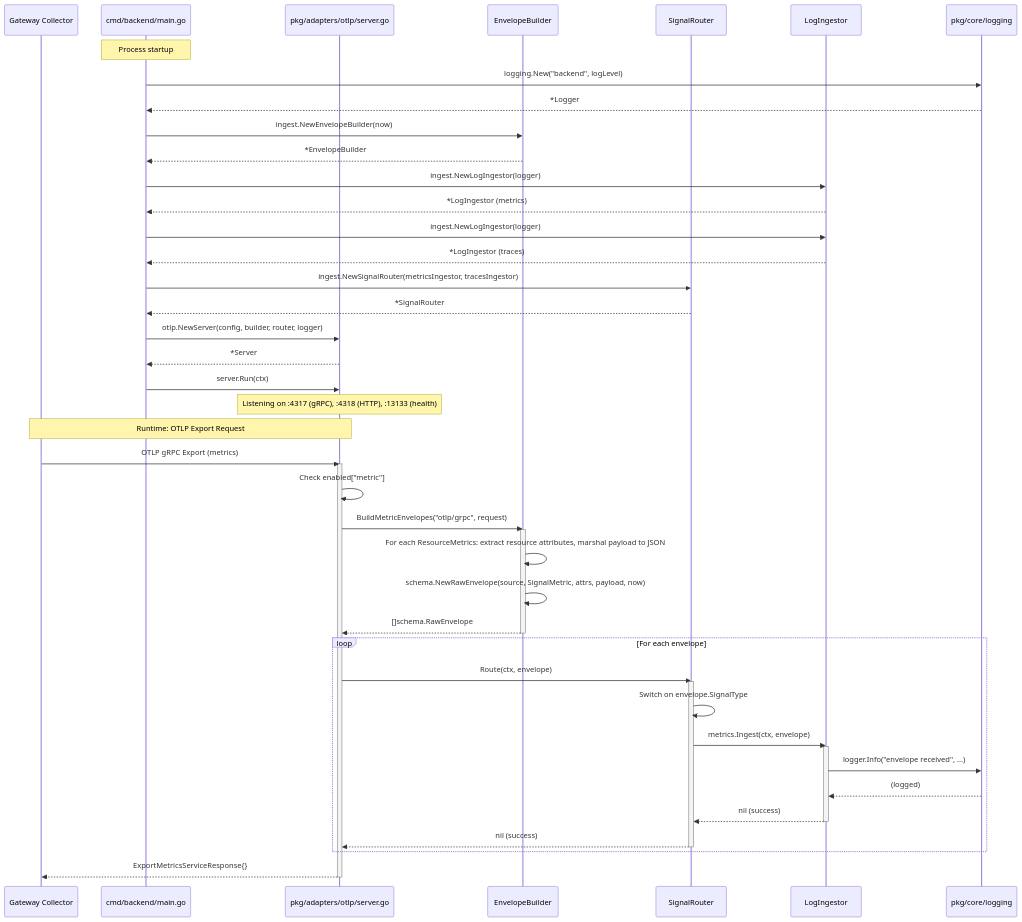
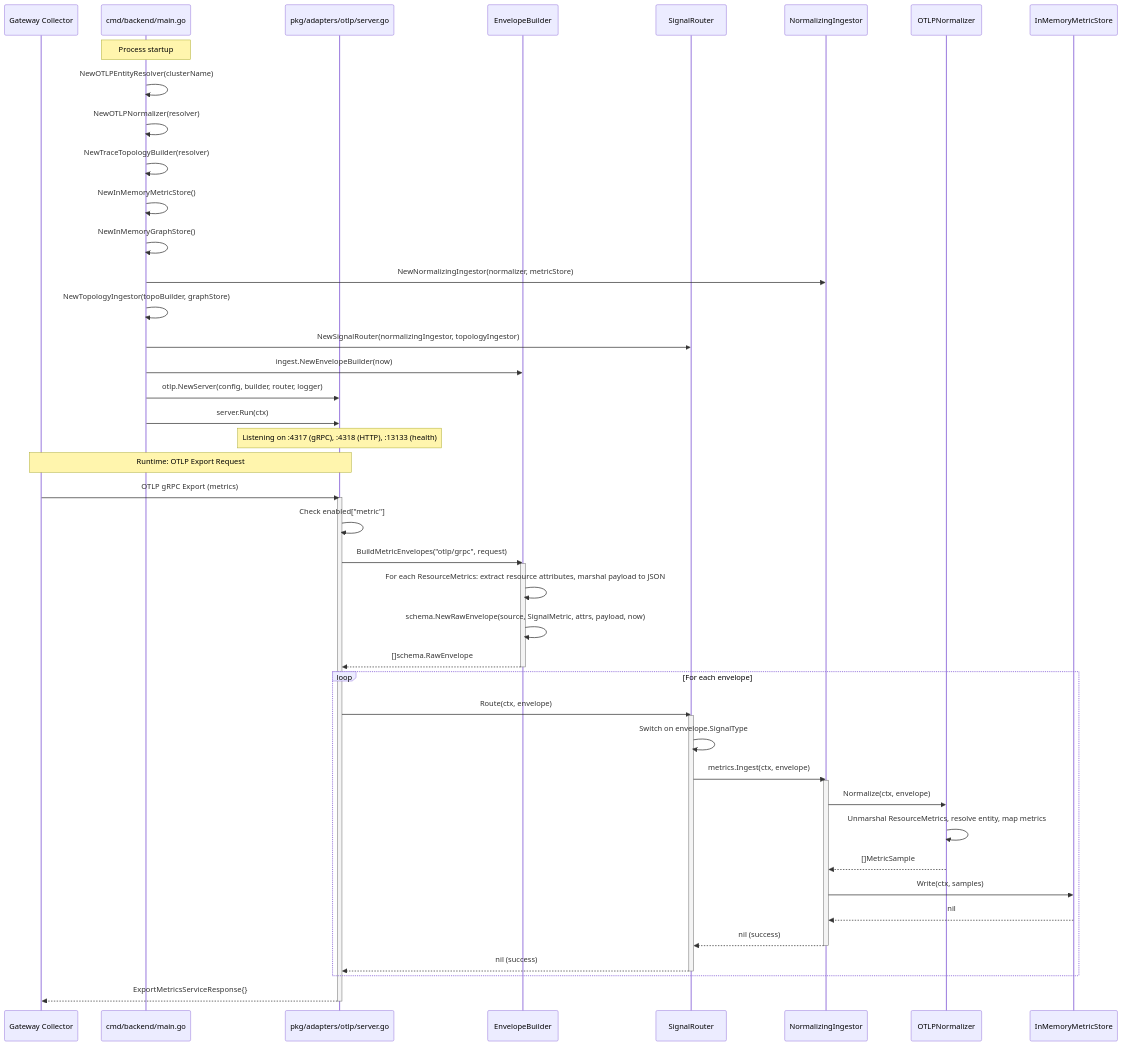
The second of 2 diagrams in docs/runtime-flow.md (erickivel/karthos), drawn with Mermaid before and after one commit. The commit also changed other lines of this file and 26 other files, not shown here.

````diff
--- a/docs/runtime-flow.md
+++ b/docs/runtime-flow.md
@@ -42,54 +56,56 @@
 ```mermaid
 sequenceDiagram
     participant Gateway as Gateway Collector
     participant Main as cmd/backend/main.go
     participant Server as pkg/adapters/otlp/server.go
     participant Builder as EnvelopeBuilder
     participant Router as SignalRouter
-    participant Ingestor as LogIngestor
-    participant Logger as pkg/core/logging
+    participant NI as NormalizingIngestor
+    participant Norm as OTLPNormalizer
+    participant MS as InMemoryMetricStore
 
     Note over Main: Process startup
-    Main->>Logger: logging.New("backend", logLevel)
-    Logger-->>Main: *Logger
+    Main->>Main: NewOTLPEntityResolver(clusterName)
+    Main->>Main: NewOTLPNormalizer(resolver)
+    Main->>Main: NewTraceTopologyBuilder(resolver)
+    Main->>Main: NewInMemoryMetricStore()
+    Main->>Main: NewInMemoryGraphStore()
+    Main->>NI: NewNormalizingIngestor(normalizer, metricStore)
+    Main->>Main: NewTopologyIngestor(topoBuilder, graphStore)
+    Main->>Router: NewSignalRouter(normalizingIngestor, topologyIngestor)
     Main->>Builder: ingest.NewEnvelopeBuilder(now)
-    Builder-->>Main: *EnvelopeBuilder
-    Main->>Ingestor: ingest.NewLogIngestor(logger)
-    Ingestor-->>Main: *LogIngestor (metrics)
-    Main->>Ingestor: ingest.NewLogIngestor(logger)
-    Ingestor-->>Main: *LogIngestor (traces)
-    Main->>Router: ingest.NewSignalRouter(metricsIngestor, tracesIngestor)
-    Router-->>Main: *SignalRouter
     Main->>Server: otlp.NewServer(config, builder, router, logger)
-    Server-->>Main: *Server
     Main->>Server: server.Run(ctx)
     Note over Server: Listening on :4317 (gRPC), :4318 (HTTP), :13133 (health)
 
     Note over Gateway,Server: Runtime: OTLP Export Request
     Gateway->>Server: OTLP gRPC Export (metrics)
     activate Server
     Server->>Server: Check enabled["metric"]
     Server->>Builder: BuildMetricEnvelopes("otlp/grpc", request)
     activate Builder
     Builder->>Builder: For each ResourceMetrics: extract resource attributes, marshal payload to JSON
     Builder->>Builder: schema.NewRawEnvelope(source, SignalMetric, attrs, payload, now)
     Builder-->>Server: []schema.RawEnvelope
     deactivate Builder
 
     loop For each envelope
         Server->>Router: Route(ctx, envelope)
         activate Router
         Router->>Router: Switch on envelope.SignalType
-        Router->>Ingestor: metrics.Ingest(ctx, envelope)
-        activate Ingestor
-        Ingestor->>Logger: logger.Info("envelope received", ...)
-        Logger-->>Ingestor: (logged)
-        Ingestor-->>Router: nil (success)
-        deactivate Ingestor
+        Router->>NI: metrics.Ingest(ctx, envelope)
+        activate NI
+        NI->>Norm: Normalize(ctx, envelope)
+        Norm->>Norm: Unmarshal ResourceMetrics, resolve entity, map metrics
+        Norm-->>NI: []MetricSample
+        NI->>MS: Write(ctx, samples)
+        MS-->>NI: nil
+        NI-->>Router: nil (success)
+        deactivate NI
         Router-->>Server: nil (success)
         deactivate Router
     end
 
     Server-->>Gateway: ExportMetricsServiceResponse{}
     deactivate Server
 ```
````
